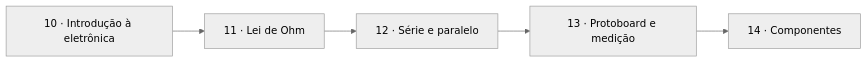
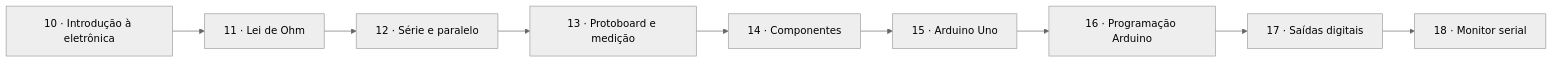
One commit to rps4-school/school-cc changed the second of 2 diagrams in conteudo/sistemas-digitais/README.md. Above: the diagram before and after it, drawn with Mermaid (neutral theme). The commit also changed other lines of this file and 35 other files, not shown here.

First line of the commit message:
docs(sistemas-digitais): adiciona as aulas 15 a 18 de Arduino e o laboratório

````diff
--- a/conteudo/sistemas-digitais/README.md
+++ b/conteudo/sistemas-digitais/README.md
@@ -60,7 +66,11 @@
 ```mermaid
 flowchart LR
     J[10 · Introdução à eletrônica] --> K[11 · Lei de Ohm]
     K --> L[12 · Série e paralelo]
     L --> M[13 · Protoboard e medição]
     M --> N[14 · Componentes]
+    N --> O[15 · Arduino Uno]
+    O --> P[16 · Programação Arduino]
+    P --> Q[17 · Saídas digitais]
+    Q --> R[18 · Monitor serial]
 ```
````
